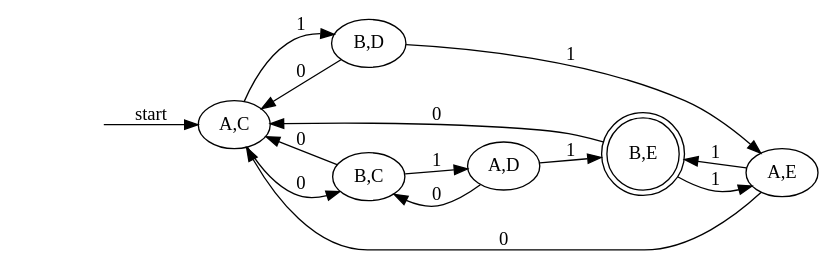
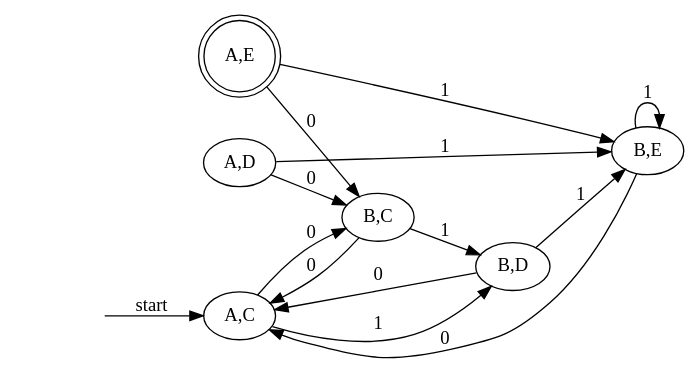
The diagram in testfiles workshop/productoutput5-6.dot (evertheylen/TA_TO), drawn with Graphviz before and after one commit. The commit also changed 13 other files, not shown here.

```diff
--- a/testfiles workshop/productoutput5-6.dot
+++ b/testfiles workshop/productoutput5-6.dot
@@ -1,18 +1,18 @@
 digraph automaton {
 	rankdir=LR
 	start [style=invisible]
 	start -> "A,C" [label=start]
-	"B,E" [shape=doublecircle]
+	"A,E" [shape=doublecircle]
     "A,C" -> "B,C" [label="0"]
     "A,C" -> "B,D" [label="1"]
     "A,D" -> "B,C" [label="0"]
     "A,D" -> "B,E" [label="1"]
-    "A,E" -> "A,C" [label="0"]
+    "A,E" -> "B,C" [label="0"]
     "A,E" -> "B,E" [label="1"]
     "B,C" -> "A,C" [label="0"]
-    "B,C" -> "A,D" [label="1"]    
+    "B,C" -> "B,D" [label="1"]    
     "B,D" -> "A,C" [label="0"]
-    "B,D" -> "A,E" [label="1"]
+    "B,D" -> "B,E" [label="1"]
     "B,E" -> "A,C" [label="0"]
-    "B,E" -> "A,E" [label="1"]
+    "B,E" -> "B,E" [label="1"]
 }
```
